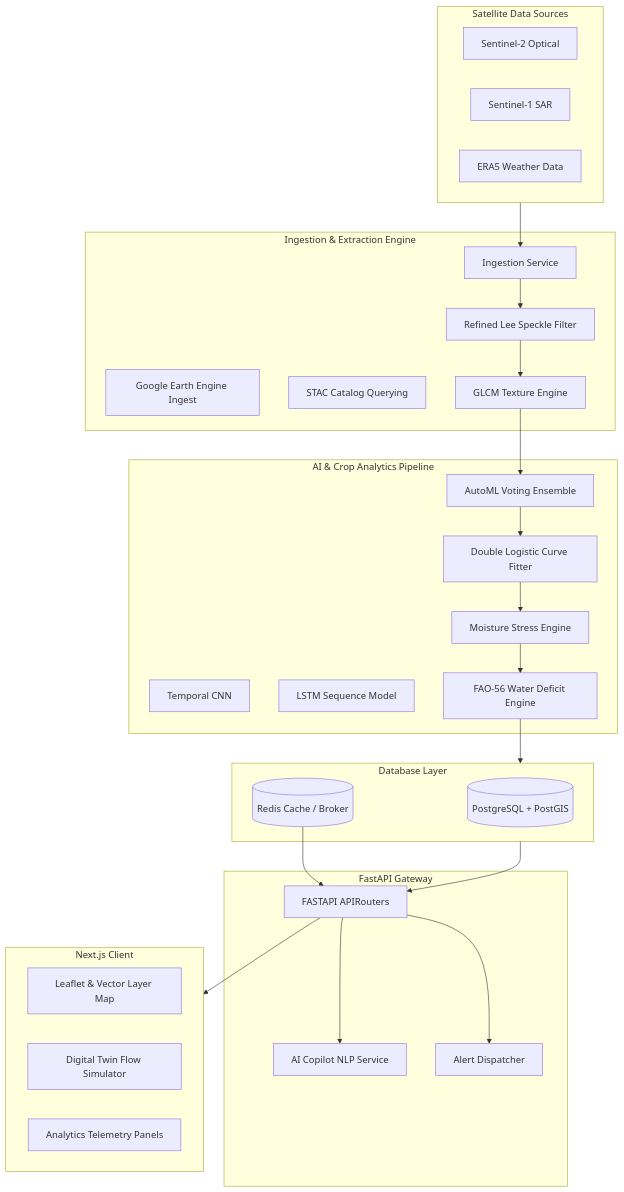
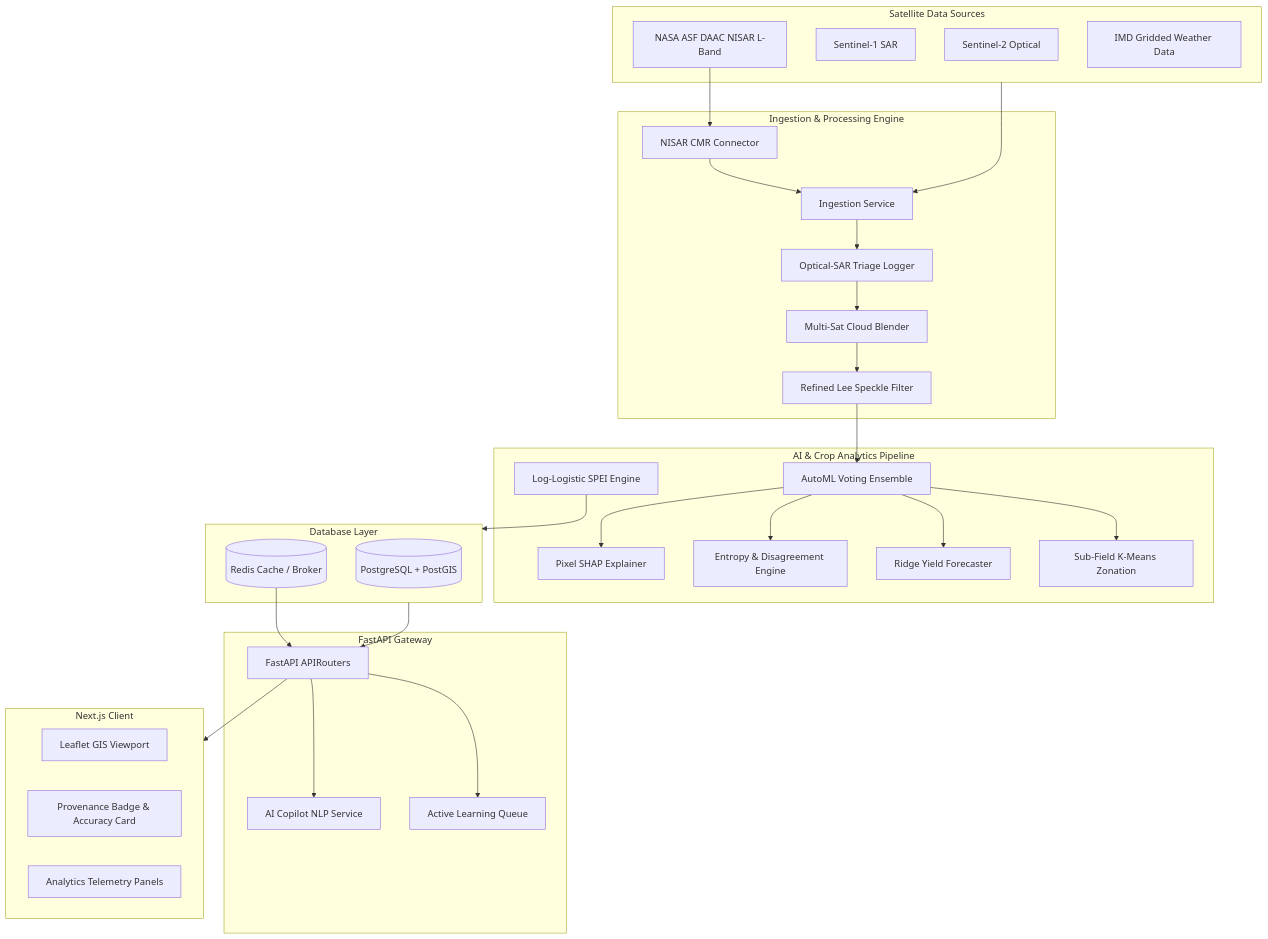
The diagram in README.md (Daksh7785/AgriSat-Intelligence-Platform-ASIP-), drawn with Mermaid before and after one commit. The commit also changed other lines of this file, not shown here.

````diff
--- a/README.md
+++ b/README.md
@@ -10,63 +57,68 @@
 ```mermaid
 graph TD
     %% Satellite Data Ingestion
     subgraph Satellites [Satellite Data Sources]
         S1[Sentinel-2 Optical]
         S2[Sentinel-1 SAR]
-        S3[ERA5 Weather Data]
+        S3[NASA ASF DAAC NISAR L-Band]
+        S4[IMD Gridded Weather Data]
     end
 
     %% Ingestion Pipeline
-    subgraph BackendIngestion [Ingestion & Extraction Engine]
-        GEE[Google Earth Engine Ingest]
-        STAC[STAC Catalog Querying]
+    subgraph BackendIngestion [Ingestion & Processing Engine]
         IngService[Ingestion Service]
+        NISARConn[NISAR CMR Connector]
         LeeFilter[Refined Lee Speckle Filter]
-        GLCM[GLCM Texture Engine]
+        Reconciliation[Multi-Sat Cloud Blender]
+        Triage[Optical-SAR Triage Logger]
     end
     
     %% AI/ML Models
     subgraph MLPipeline [AI & Crop Analytics Pipeline]
         AutoML[AutoML Voting Ensemble]
-        TCNN[Temporal CNN]
-        LSTMClassifier[LSTM Sequence Model]
-        DoubleLogistic[Double Logistic Curve Fitter]
-        StressEngine[Moisture Stress Engine]
-        ETCalculator[FAO-56 Water Deficit Engine]
+        SHAPExplainer[Pixel SHAP Explainer]
+        Uncertainty[Entropy & Disagreement Engine]
+        SPEI[Log-Logistic SPEI Engine]
+        YieldModel[Ridge Yield Forecaster]
+        Zonation[Sub-Field K-Means Zonation]
     end
 
     %% Database
     subgraph Persistence [Database Layer]
         PostGIS[(PostgreSQL + PostGIS)]
         RedisCache[(Redis Cache / Broker)]
     end
 
     %% API Server
     subgraph APIServer [FastAPI Gateway]
-        Routes[FASTAPI APIRouters]
+        Routes[FastAPI APIRouters]
         CopilotNLP[AI Copilot NLP Service]
-        AlertsDispatcher[Alert Dispatcher]
+        FeedbackQueue[Active Learning Queue]
     end
 
     %% Frontend App
     subgraph FrontendApp [Next.js Client]
-        LeafletMap[Leaflet & Vector Layer Map]
-        DigitalTwin[Digital Twin Flow Simulator]
+        LeafletMap[Leaflet GIS Viewport]
+        Provenance[Provenance Badge & Accuracy Card]
         DashboardUI[Analytics Telemetry Panels]
     end
 
     %% Flow Connections
     Satellites --> IngService
-    IngService --> LeeFilter
-    LeeFilter --> GLCM
-    GLCM --> AutoML
-    AutoML --> DoubleLogistic
-    DoubleLogistic --> StressEngine
-    StressEngine --> ETCalculator
-    ETCalculator --> Persistence
+    S3 --> NISARConn
+    NISARConn --> IngService
+    IngService --> Triage
+    Triage --> Reconciliation
+    Reconciliation --> LeeFilter
+    LeeFilter --> AutoML
+    AutoML --> SHAPExplainer
+    AutoML --> Uncertainty
+    AutoML --> YieldModel
+    AutoML --> Zonation
+    SPEI --> Persistence
     Persistence --> Routes
     RedisCache --> Routes
     Routes --> CopilotNLP
-    Routes --> AlertsDispatcher
+    Routes --> FeedbackQueue
     Routes --> FrontendApp
 ```
````
